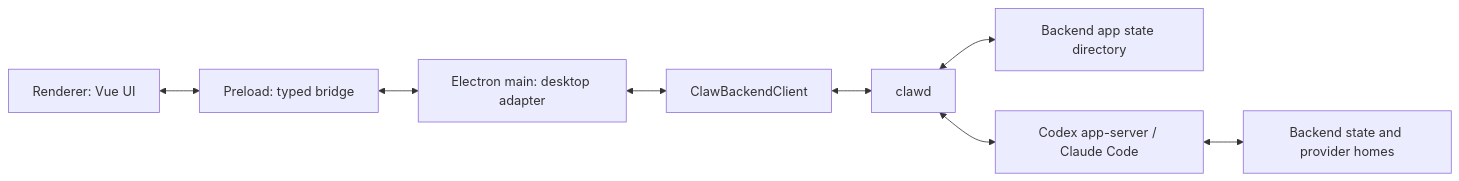
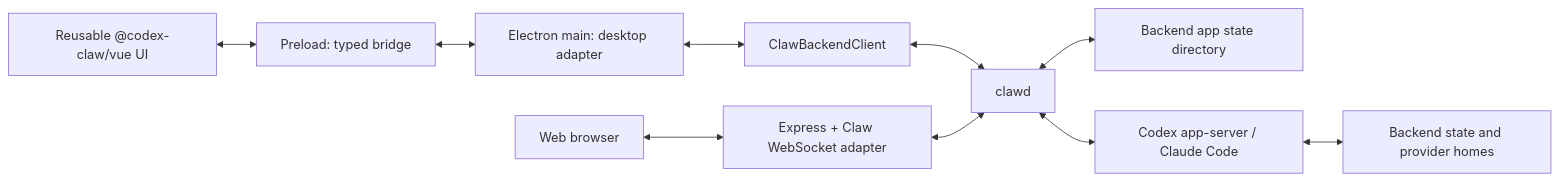
Before and after one commit to nbonamy/codex-claw: the diagram in docs/architecture.md, drawn with Mermaid. The commit also changed other lines of this file and 32 other files, not shown here.

Commit message:
feat: add claw web foundation

````diff
--- a/docs/architecture.md
+++ b/docs/architecture.md
@@ -201,19 +228,23 @@
 ```mermaid
 flowchart LR
-  Renderer["Renderer: Vue UI"]
+  Renderer["Reusable @codex-claw/vue UI"]
   Preload["Preload: typed bridge"]
   Main["Electron main: desktop adapter"]
   Client["ClawBackendClient"]
   Backend["clawd"]
+  Web["Express + Claw WebSocket adapter"]
+  Browser["Web browser"]
   Store["Backend app state directory"]
   Server["Codex app-server / Claude Code"]
   CodexHome["Backend state and provider homes"]
 
   Renderer <--> Preload
   Preload <--> Main
   Main <--> Client
   Client <--> Backend
+  Browser <--> Web
+  Web <--> Backend
   Backend <--> Store
   Backend <--> Server
   Server <--> CodexHome
 ```
````
